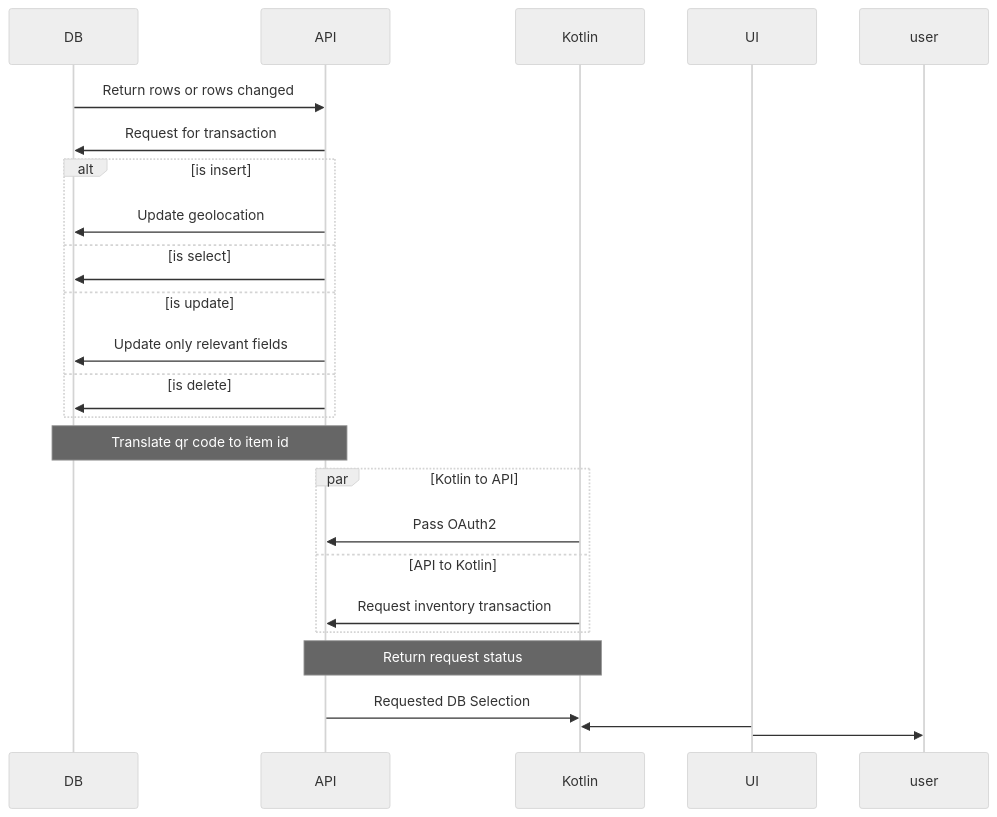
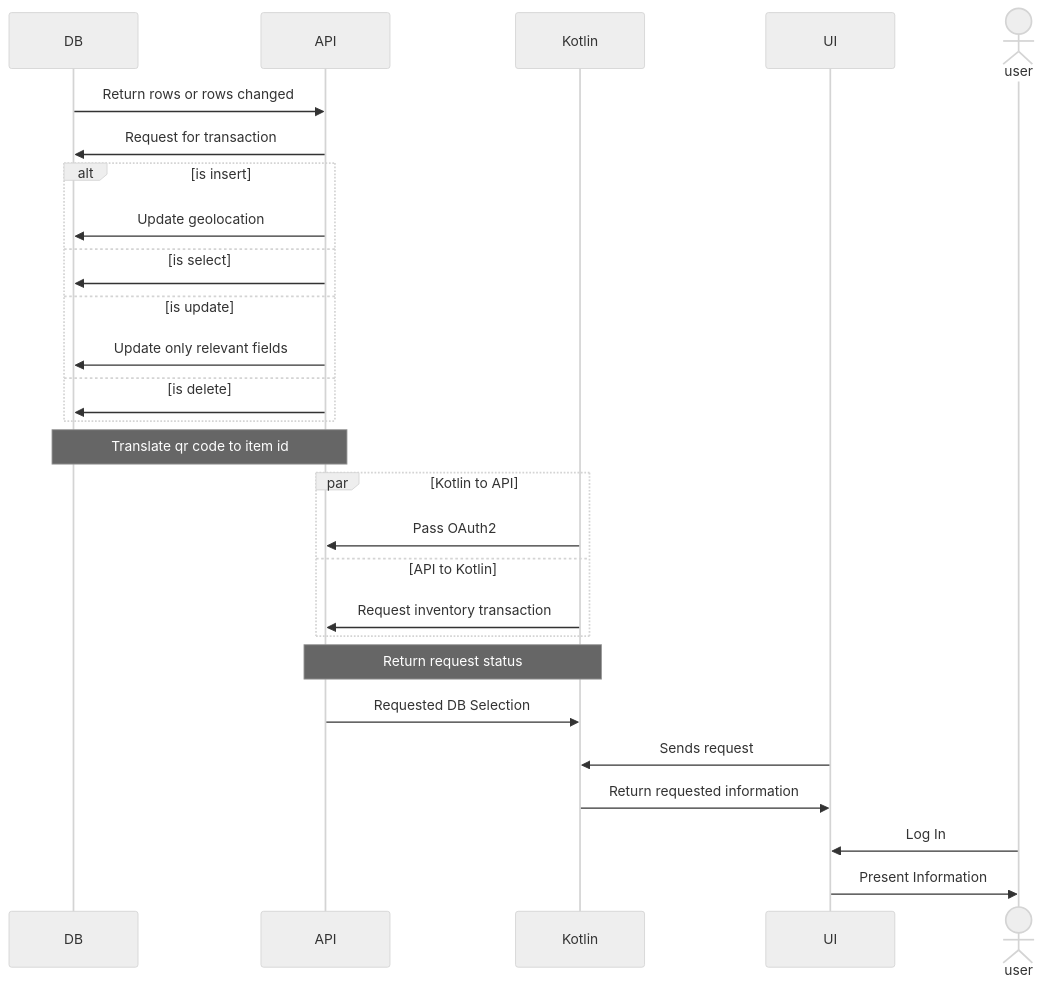
Before and after one commit to Andrew-Shepard/qstars-android-ui: the diagram in README.md, drawn with Mermaid (neutral theme).

Commit message:
Added contents to UI, Kotlin, and user

````diff
--- a/README.md
+++ b/README.md
@@ -4,28 +4,30 @@
 ```mermaid
 sequenceDiagram
 DB->>API: Return rows or rows changed
 API->>DB: Request for transaction
 alt is insert
     API->>DB: Update geolocation
 else is select
     API->>DB: 
 else is update
     API->>DB: Update only relevant fields
 else is delete
     API->>DB: 
 end
 Note over API,DB: Translate qr code to item id
 par Kotlin to API
     Kotlin->>API: Pass OAuth2
 and API to Kotlin
     Kotlin->>API: Request inventory transaction
 end
 Note over Kotlin,API: Return request status
 API->>Kotlin: Requested DB Selection
 
-UI->>Kotlin: 
-
-UI->>user: 
+UI->>Kotlin: Sends request
+Kotlin->>UI: Return requested information
 
 actor user
+
+user->>UI: Log In
+UI->>user: Present Information
 ```
````
